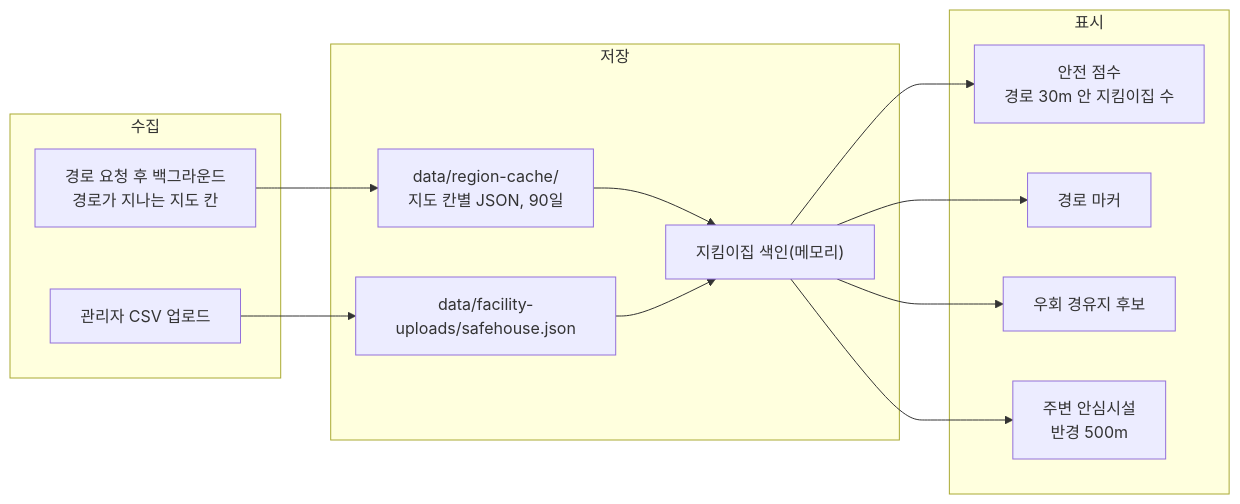
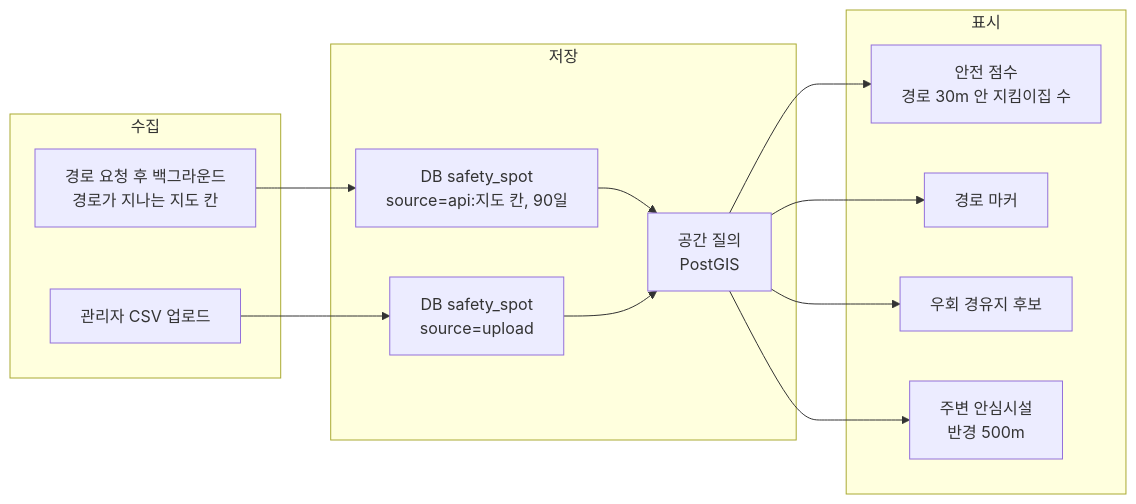
Before and after one commit to soo-ai-agent/bueongi-backend: the diagram in docs/safety-spots/safehouse.md, drawn with Mermaid. The commit also changed other lines of this file and 11 other files, not shown here.

First line of the commit message:
docs(backend): 안심시설 저장 문서를 PostGIS 구조로 갱신

````diff
--- a/docs/safety-spots/safehouse.md
+++ b/docs/safety-spots/safehouse.md
@@ -33,26 +33,26 @@
 ```mermaid
 flowchart LR
     subgraph 수집
         A1["경로 요청 후 백그라운드<br/>경로가 지나는 지도 칸"]
         A2["관리자 CSV 업로드"]
     end
     subgraph 저장
-        B1["data/region-cache/<br/>지도 칸별 JSON, 90일"]
-        B2["data/facility-uploads/safehouse.json"]
-        C["지킴이집 색인(메모리)"]
+        B1["DB safety_spot<br/>source=api:지도 칸, 90일"]
+        B2["DB safety_spot<br/>source=upload"]
+        C["공간 질의<br/>PostGIS"]
     end
     subgraph 표시
         E1["안전 점수<br/>경로 30m 안 지킴이집 수"]
         E2["경로 마커"]
         E3["우회 경유지 후보"]
         E4["주변 안심시설<br/>반경 500m"]
     end
     A1 --> B1
     A2 --> B2
     B1 --> C
     B2 --> C
     C --> E1
     C --> E2
     C --> E3
     C --> E4
 ```
````
